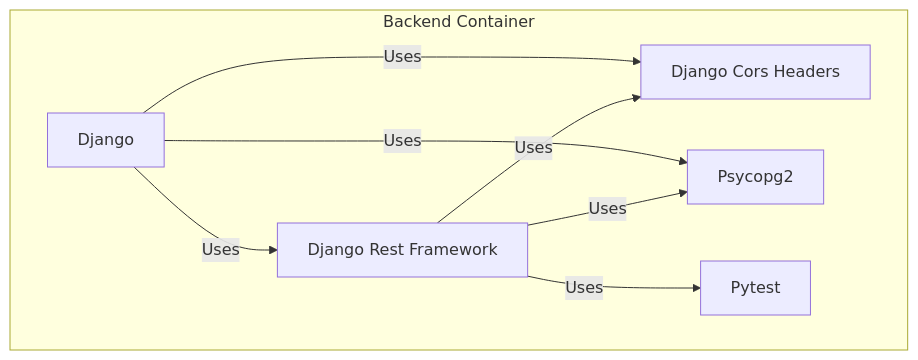
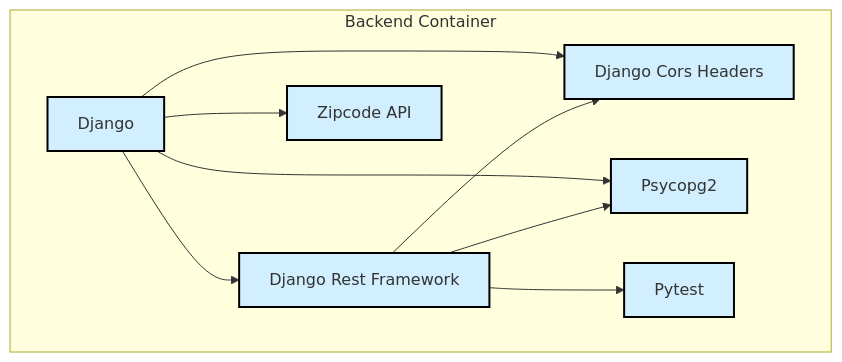
Before and after one commit to dba-team-w23/jambuddy: the third of 4 diagrams in system-design/FinalDesignDiagrams.md, drawn with Mermaid. The commit also changed other lines of this file, not shown here.

Commit message:
DOC: cleanup diagrams

````diff
--- a/system-design/FinalDesignDiagrams.md
+++ b/system-design/FinalDesignDiagrams.md
@@ -72,18 +79,28 @@
 ```mermaid
 flowchart TD
   subgraph "Backend Container"
     A[Django]
     B[Django Rest Framework]
     C[Pytest]
     D[Django Cors Headers]
     E[Psycopg2]
+    F[Zipcode API]
   end
 
-  A -->|Uses| B
-  A -->|Uses| D
-  A -->|Uses| E
-  B -->|Uses| C
-  B -->|Uses| D
-  B -->|Uses| E
+  A --> B
+  A --> D
+  A --> E
+  B --> C
+  B --> D
+  B --> E
+  A --> F
+
+
+  style A fill:#D1EFFF,stroke:#000000,stroke-width:2px;
+  style B fill:#D1EFFF,stroke:#000000,stroke-width:2px;
+  style C fill:#D1EFFF,stroke:#000000,stroke-width:2px;
+  style D fill:#D1EFFF,stroke:#000000,stroke-width:2px;
+  style E fill:#D1EFFF,stroke:#000000,stroke-width:2px;
+  style F fill:#D1EFFF,stroke:#000000,stroke-width:2px;
 
 ```
````
